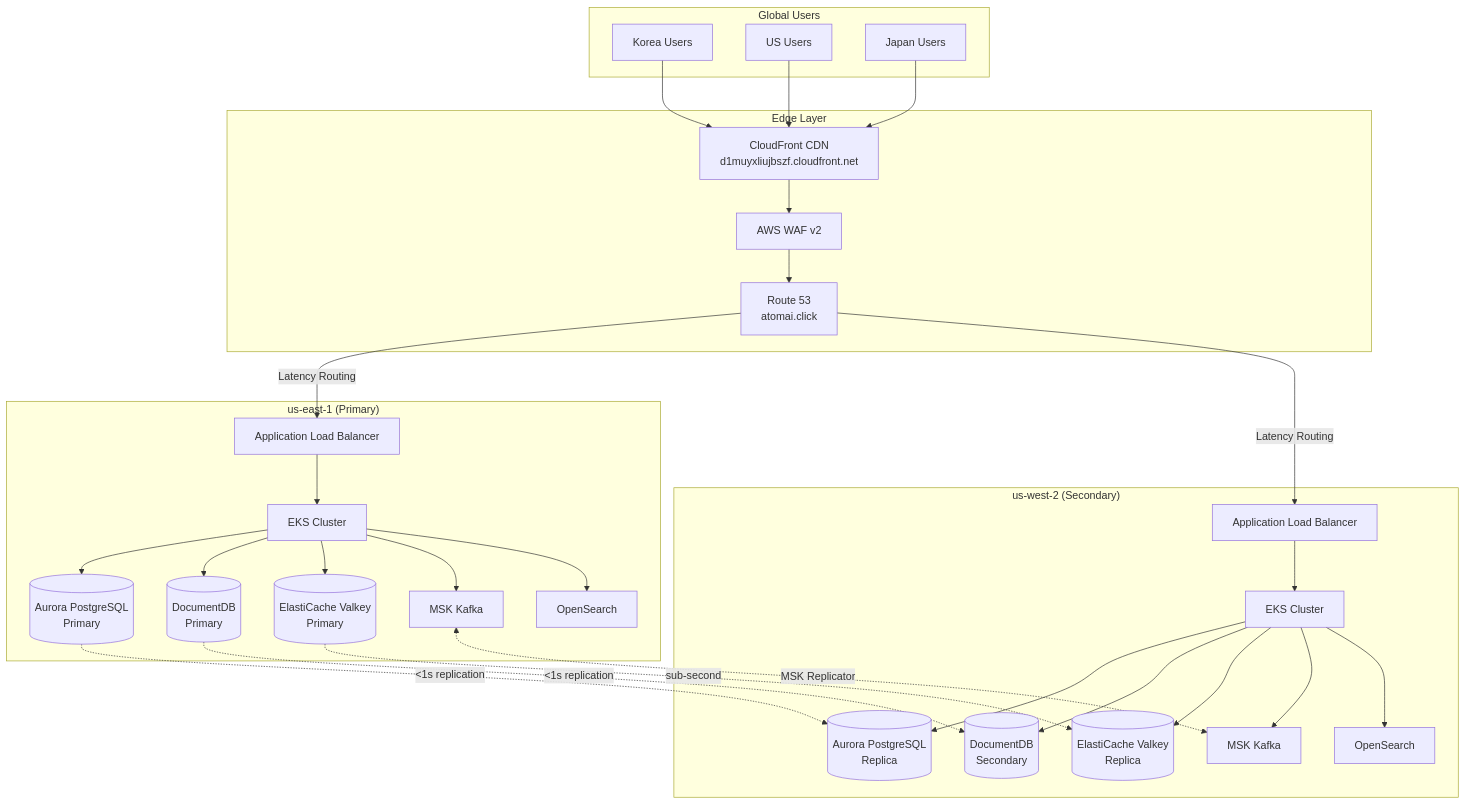
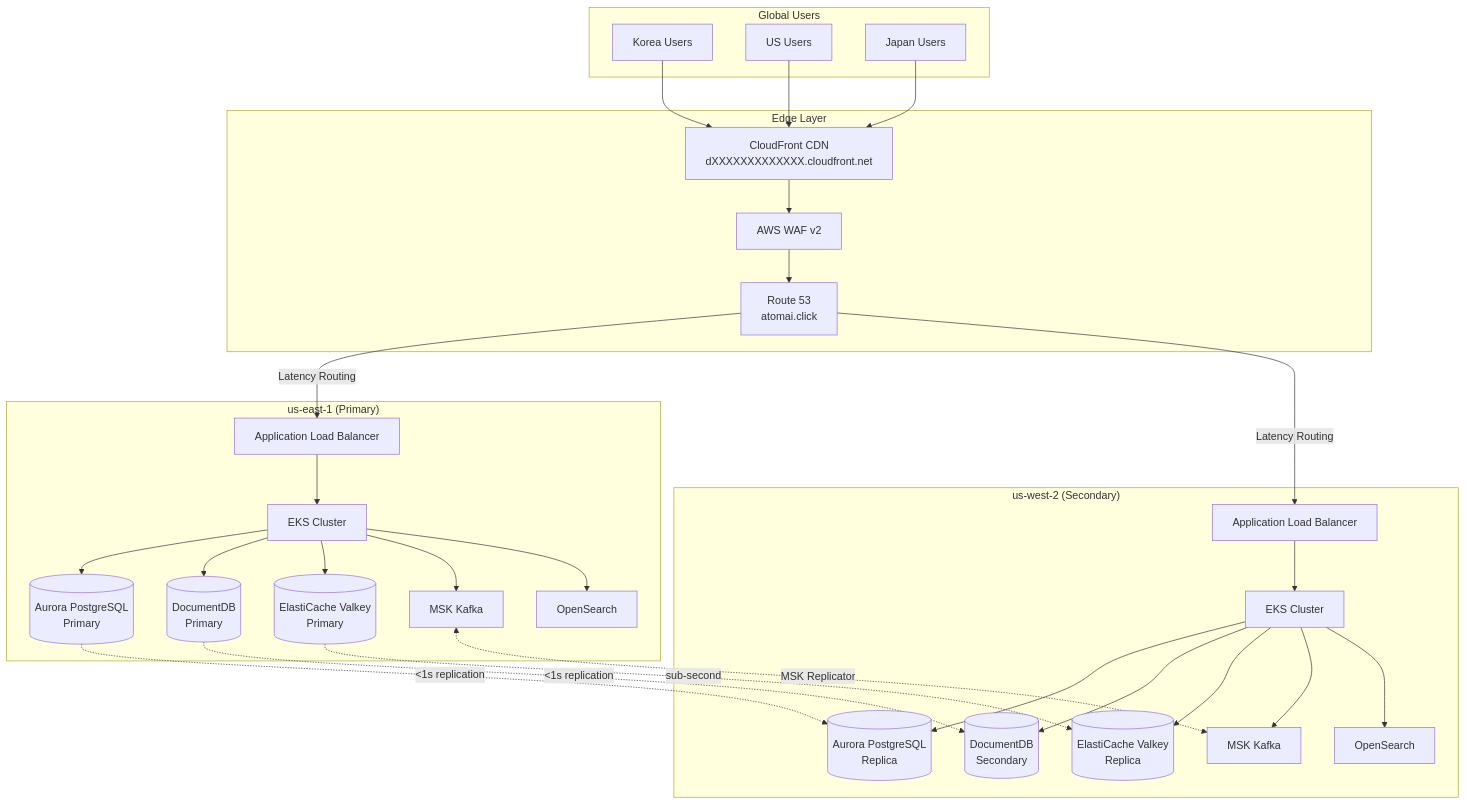
The first of 6 diagrams in webpage/i18n/en/docusaurus-plugin-content-docs/current/architecture/overview.md (Atom-oh/multi-region-architecture), drawn with Mermaid before and after one commit. The commit also changed 172 other files, not shown here.

````diff
--- a/webpage/i18n/en/docusaurus-plugin-content-docs/current/architecture/overview.md
+++ b/webpage/i18n/en/docusaurus-plugin-content-docs/current/architecture/overview.md
@@ -22,50 +22,50 @@
 ```mermaid
 flowchart TB
     subgraph Users["Global Users"]
         KR[Korea Users]
         US[US Users]
         JP[Japan Users]
     end
 
     subgraph Edge["Edge Layer"]
-        CF[CloudFront CDN<br/>d1muyxliujbszf.cloudfront.net]
+        CF[CloudFront CDN<br/>dXXXXXXXXXXXXX.cloudfront.net]
         WAF[AWS WAF v2]
         R53[Route 53<br/>atomai.click]
     end
 
     subgraph Primary["us-east-1 (Primary)"]
         ALB1[Application Load Balancer]
         EKS1[EKS Cluster]
         Aurora1[(Aurora PostgreSQL<br/>Primary)]
         DocDB1[(DocumentDB<br/>Primary)]
         Cache1[(ElastiCache Valkey<br/>Primary)]
         MSK1[MSK Kafka]
         OS1[OpenSearch]
     end
 
     subgraph Secondary["us-west-2 (Secondary)"]
         ALB2[Application Load Balancer]
         EKS2[EKS Cluster]
         Aurora2[(Aurora PostgreSQL<br/>Replica)]
         DocDB2[(DocumentDB<br/>Secondary)]
         Cache2[(ElastiCache Valkey<br/>Replica)]
         MSK2[MSK Kafka]
         OS2[OpenSearch]
     end
 
     KR & US & JP --> CF
     CF --> WAF --> R53
     R53 -->|Latency Routing| ALB1
     R53 -->|Latency Routing| ALB2
 
     ALB1 --> EKS1
     ALB2 --> EKS2
 
     EKS1 --> Aurora1 & DocDB1 & Cache1 & MSK1 & OS1
     EKS2 --> Aurora2 & DocDB2 & Cache2 & MSK2 & OS2
 
     Aurora1 -.->|"<1s replication"| Aurora2
     DocDB1 -.->|"<1s replication"| DocDB2
     Cache1 -.->|"sub-second"| Cache2
     MSK1 <-.->|"MSK Replicator"| MSK2
 ```
````
